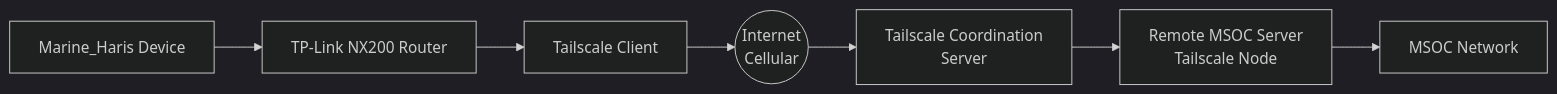
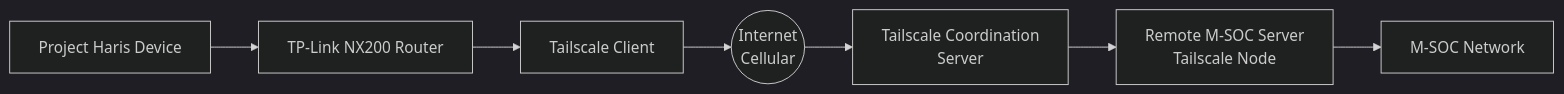
One commit to project-haris/marine-haris changed the diagram in docs/VPN_SETUP.md. Above: the diagram before and after it, drawn with Mermaid (dark theme). The commit also changed other lines of this file and 27 other files, not shown here.

````diff
--- a/docs/VPN_SETUP.md
+++ b/docs/VPN_SETUP.md
@@ -5,9 +5,9 @@
 ```mermaid
 flowchart LR
-    A[Marine_Haris Device] --> B[TP-Link NX200 Router]
+    A[Project Haris Device] --> B[TP-Link NX200 Router]
     B --> C[Tailscale Client]
     C --> D((Internet<br/>Cellular))
     D --> E[Tailscale Coordination<br/>Server]
-    E --> F[Remote MSOC Server<br/>Tailscale Node]
-    F --> G[MSOC Network]
+    E --> F[Remote M-SOC Server<br/>Tailscale Node]
+    F --> G[M-SOC Network]
 ```
````
